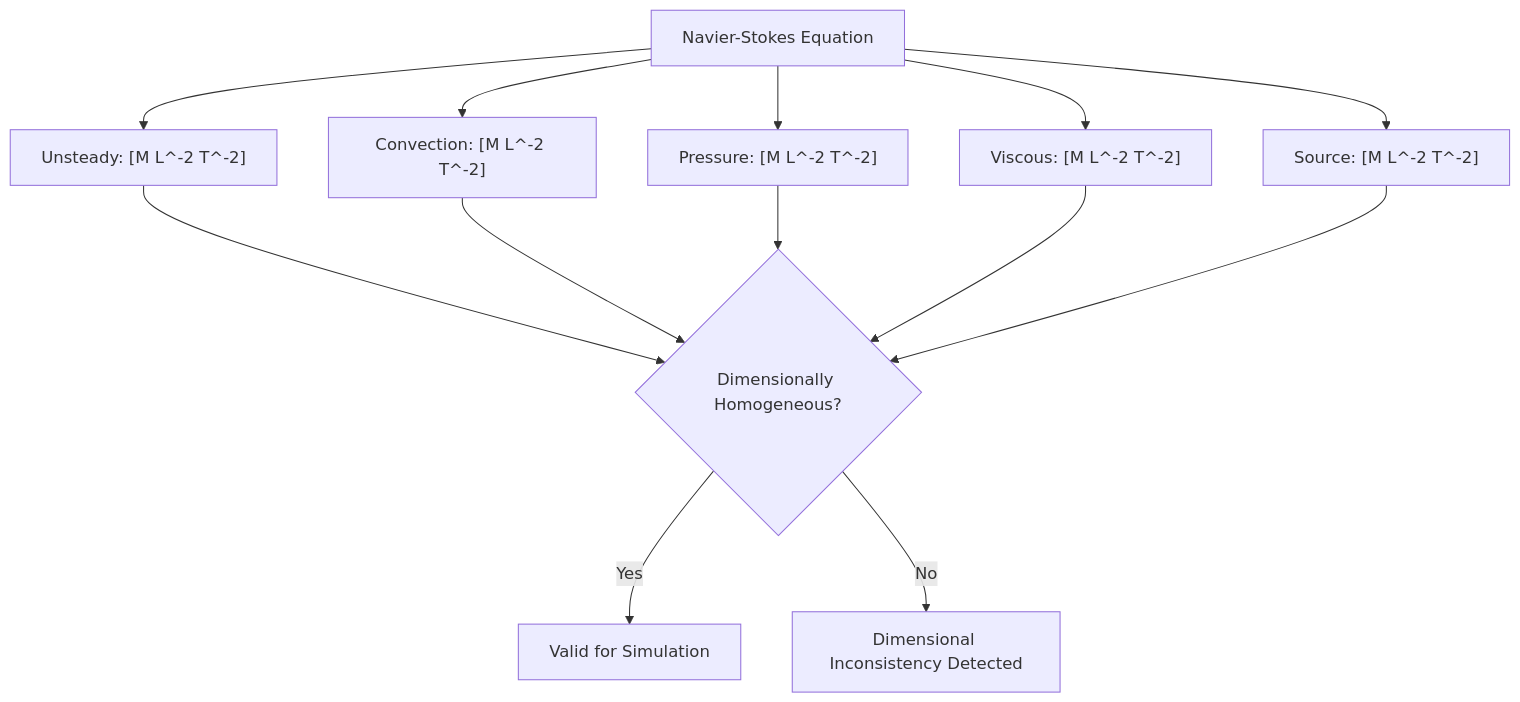
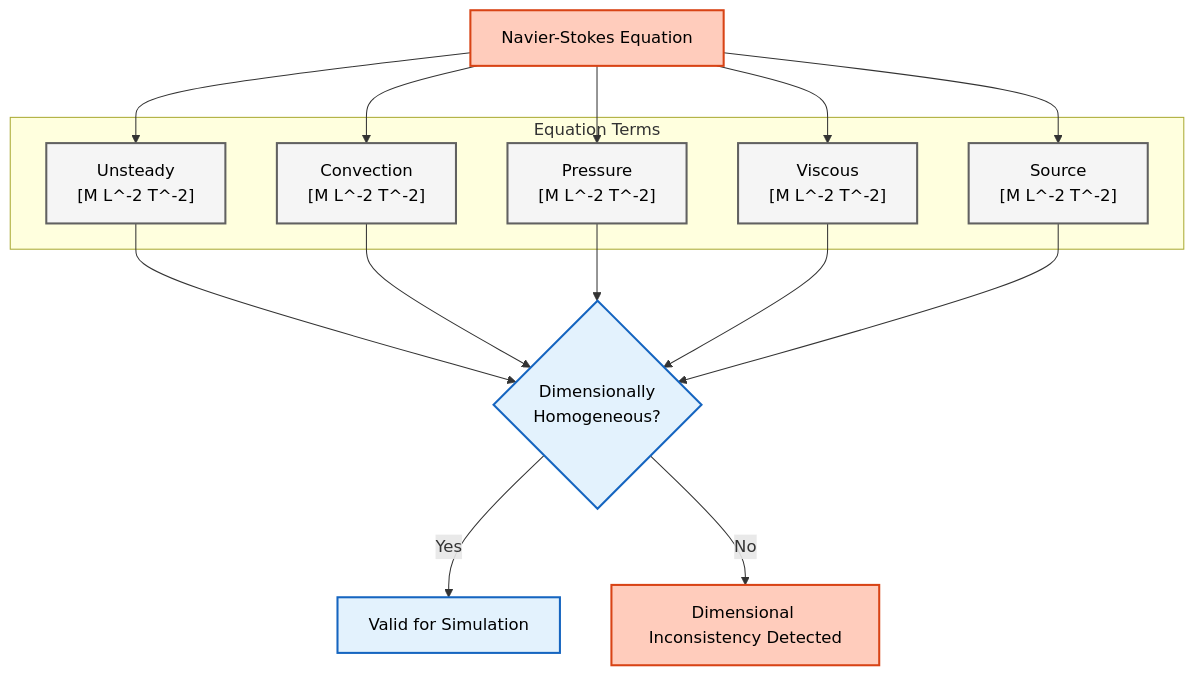
Before and after one commit to wramet/build-my-cfd: the second of 2 diagrams in MODULE_05_OPENFOAM_PROGRAMMING/CONTENT/02_DIMENSIONED_TYPES/07_Mathematical_Formulations.md, drawn with Mermaid. The commit also changed other lines of this file and 313 other files, not shown here.

Commit message:
Revise all diagram

````diff
--- a/MODULE_05_OPENFOAM_PROGRAMMING/CONTENT/02_DIMENSIONED_TYPES/07_Mathematical_Formulations.md
+++ b/MODULE_05_OPENFOAM_PROGRAMMING/CONTENT/02_DIMENSIONED_TYPES/07_Mathematical_Formulations.md
@@ -344,13 +348,28 @@
 ```mermaid
 graph TD
-    NS["Navier-Stokes Equation"]
-    NS --> T1["Unsteady: [M L^-2 T^-2]"]
-    NS --> T2["Convection: [M L^-2 T^-2]"]
-    NS --> T3["Pressure: [M L^-2 T^-2]"]
-    NS --> T4["Viscous: [M L^-2 T^-2]"]
-    NS --> T5["Source: [M L^-2 T^-2]"]
+%% Classes
+classDef explicit fill:#ffccbc,stroke:#d84315,stroke-width:2px,color:#000
+classDef implicit fill:#e3f2fd,stroke:#1565c0,stroke-width:2px,color:#000
+classDef context fill:#f5f5f5,stroke:#616161,stroke-width:2px,color:#000
 
-    T1 & T2 & T3 & T4 & T5 --> Check{Dimensionally Homogeneous?}
-    Check -->|Yes| Valid[Valid for Simulation]
-    Check -->|No| Error[Dimensional Inconsistency Detected]
+NS["Navier-Stokes Equation"]:::explicit
+
+subgraph Terms["Equation Terms"]
+    T1["Unsteady<br/>[M L^-2 T^-2]"]:::context
+    T2["Convection<br/>[M L^-2 T^-2]"]:::context
+    T3["Pressure<br/>[M L^-2 T^-2]"]:::context
+    T4["Viscous<br/>[M L^-2 T^-2]"]:::context
+    T5["Source<br/>[M L^-2 T^-2]"]:::context
+end
+
+NS --> T1
+NS --> T2
+NS --> T3
+NS --> T4
+NS --> T5
+
+T1 & T2 & T3 & T4 & T5 --> Check{Dimensionally<br/>Homogeneous?}:::implicit
+
+Check -->|Yes| Valid[Valid for Simulation]:::implicit
+Check -->|No| Error[Dimensional Inconsistency Detected]:::explicit
 ```
````
